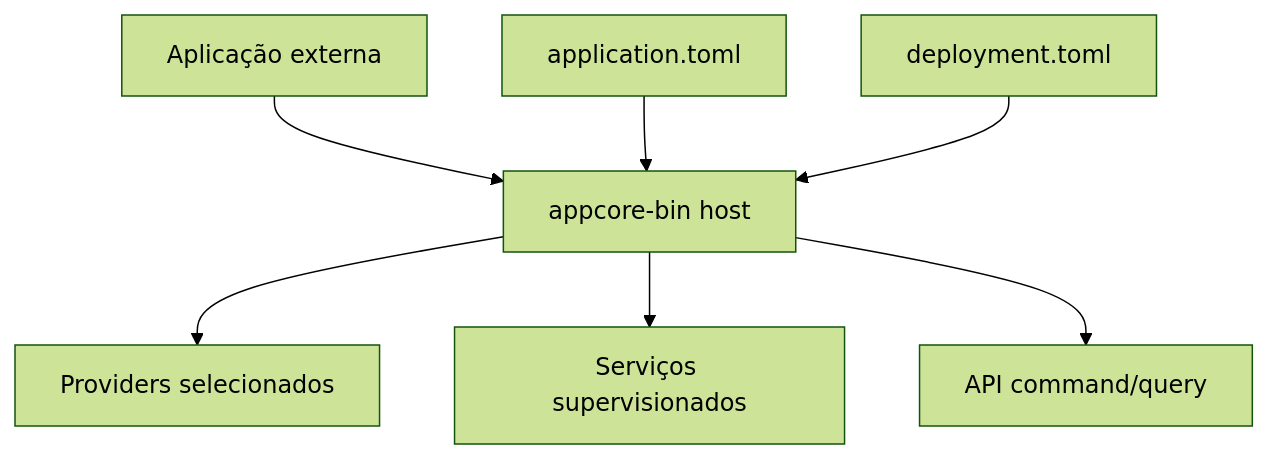
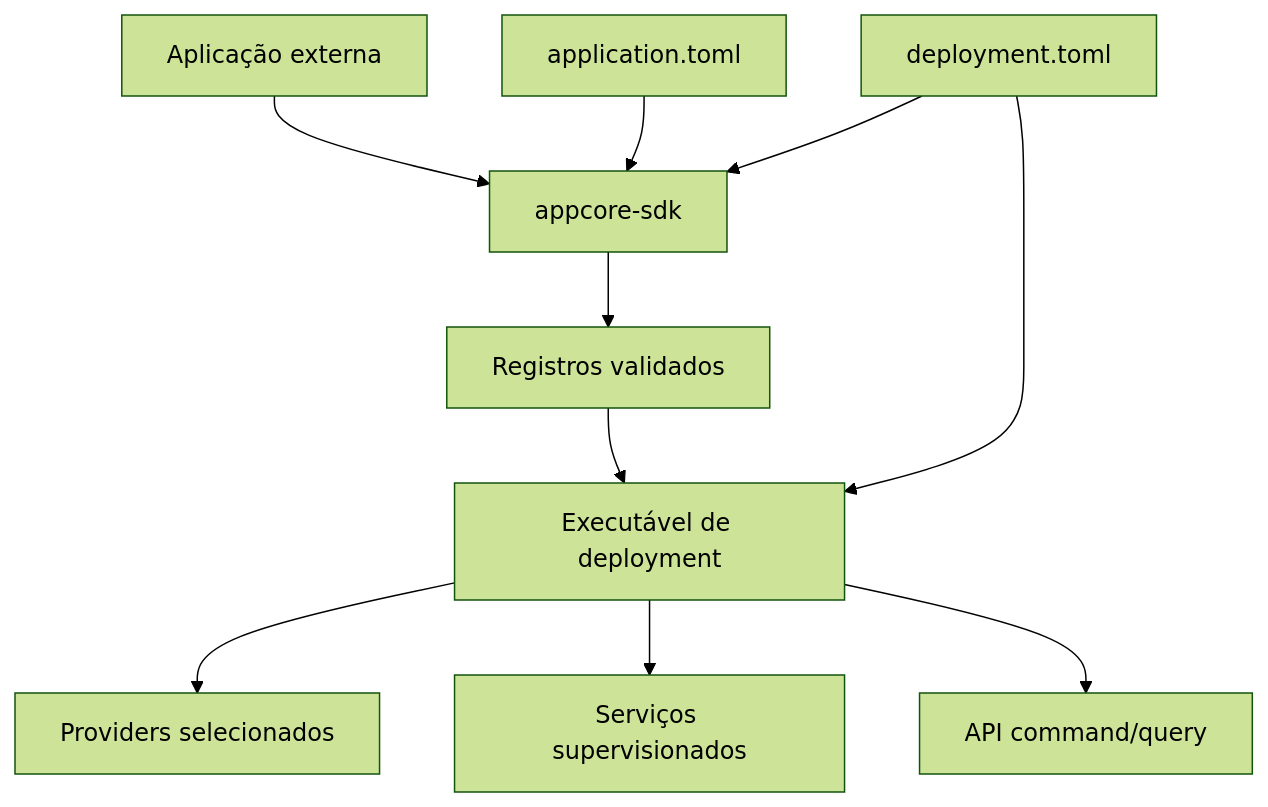
The diagram in i18n/pt/docusaurus-plugin-content-docs/current/introduction/what-is-appcore.md (dnettoRaw/appcore-wiki), drawn with Mermaid (forest theme) before and after one commit. The commit also changed 41 other files, not shown here.

Commit message:
Replace retired host guidance with SDK workflows

````diff
--- a/i18n/pt/docusaurus-plugin-content-docs/current/introduction/what-is-appcore.md
+++ b/i18n/pt/docusaurus-plugin-content-docs/current/introduction/what-is-appcore.md
@@ -27,9 +27,12 @@
 ```mermaid
 flowchart TB
-    App[Aplicação externa] --> Host[appcore-bin host]
-    Manifest[application.toml] --> Host
-    Deployment[deployment.toml] --> Host
-    Host --> Providers[Providers selecionados]
-    Host --> Services[Serviços supervisionados]
-    Host --> API[API command/query]
+    App[Aplicação externa] --> SDK[appcore-sdk]
+    Manifest[application.toml] --> SDK
+    Deployment[deployment.toml] --> SDK
+    SDK --> Prepared[Registros validados]
+    Prepared --> Executable[Executável de deployment]
+    Deployment --> Executable
+    Executable --> Providers[Providers selecionados]
+    Executable --> Services[Serviços supervisionados]
+    Executable --> API[API command/query]
 ```
````
